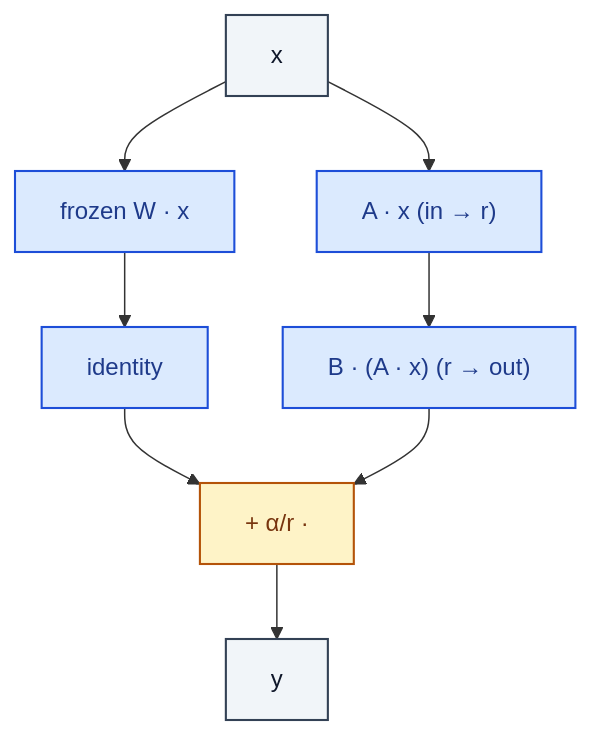
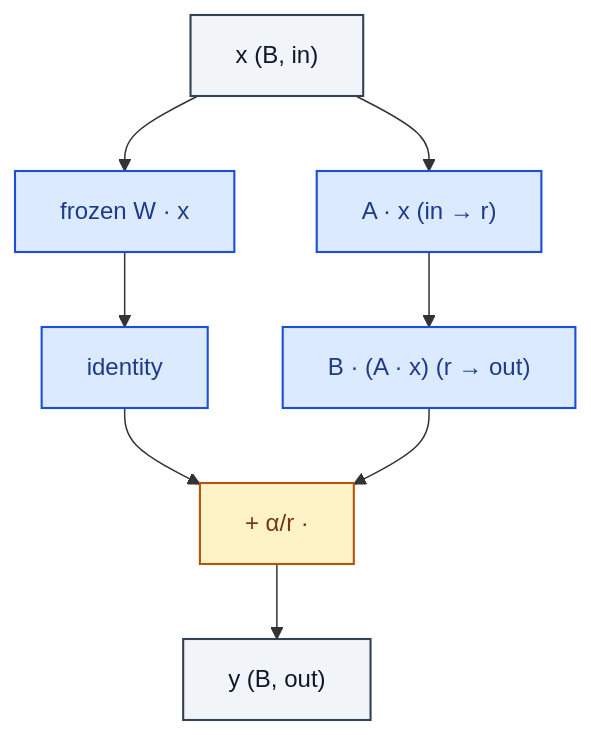
The diagram in unet_diffusion/LoRALinear.md (RealityShifts/Srivastava-book-of-Blocks-diagrams), drawn with Mermaid before and after one commit. The commit also changed 123 other files, not shown here.

````diff
--- a/unet_diffusion/LoRALinear.md
+++ b/unet_diffusion/LoRALinear.md
@@ -7,26 +7,27 @@
 ```mermaid
 flowchart TD
-    n0_0["x"]:::io
+    n0_0["x  (B, in)"]:::io
     n1_0["frozen W · x"]:::op
     n1_1["A · x   (in → r)"]:::op
     n2_0["identity"]:::op
     n2_1["B · (A · x)   (r → out)"]:::op
     n3_0["+  α/r ·"]:::merge
-    n4_0["y"]:::io
+    n4_0["y  (B, out)"]:::io
     n0_0 --> n1_0
     n0_0 --> n1_1
     n1_0 --> n2_0
     n1_1 --> n2_1
     n2_0 --> n3_0
     n2_1 --> n3_0
     n3_0 --> n4_0
     classDef io fill:#f1f5f9,stroke:#334155,stroke-width:1.4px,color:#0f172a
     classDef op fill:#dbeafe,stroke:#1d4ed8,stroke-width:1.4px,color:#1e3a8a
     classDef norm fill:#dcfce7,stroke:#15803d,stroke-width:1.4px,color:#14532d
     classDef act fill:#ffedd5,stroke:#c2410c,stroke-width:1.4px,color:#7c2d12
     classDef attn fill:#ede9fe,stroke:#6d28d9,stroke-width:1.4px,color:#4c1d95
     classDef merge fill:#fef3c7,stroke:#b45309,stroke-width:1.4px,color:#78350f
     classDef emb fill:#fef9c3,stroke:#a16207,stroke-width:1.4px,color:#713f12
     classDef loss fill:#fee2e2,stroke:#b91c1c,stroke-width:1.4px,color:#7f1d1d
     classDef ctrl fill:#f5f5f4,stroke:#52525b,stroke-width:1.4px,color:#27272a
+    classDef ref fill:#e0f2fe,stroke:#0369a1,stroke-width:2px,color:#0c4a6e,stroke-dasharray: 4 2
 ```
````
